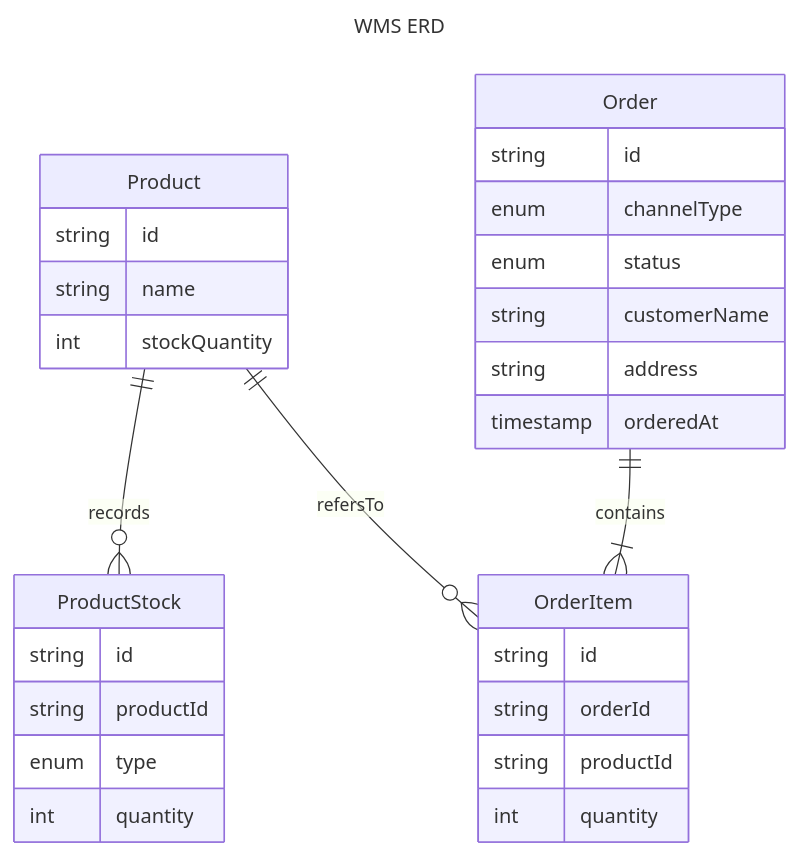
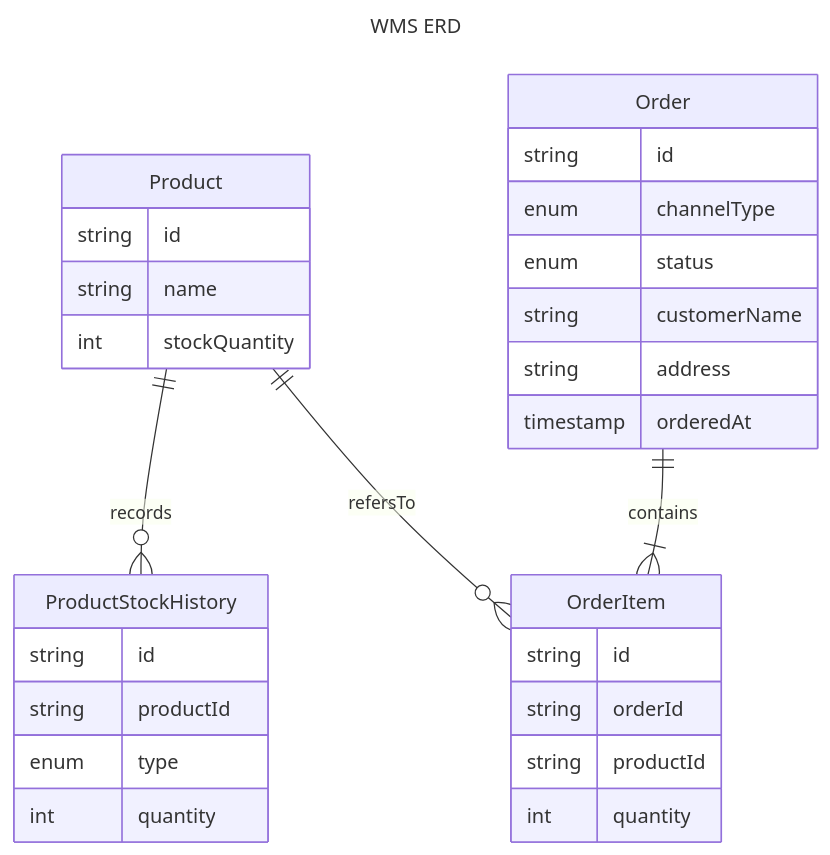
Before and after one commit to jinan159/wms: the first of 2 diagrams in README.md, drawn with Mermaid. The commit also changed other lines of this file and 1 other file, not shown here.

Commit message:
docs: 단건 주문 등록 Sequence Diagram 작성

````diff
--- a/README.md
+++ b/README.md
@@ -3,35 +5,36 @@
 ```mermaid
 ---
 title: WMS ERD
 ---
 erDiagram
     Product {
         string id
         string name
         int stockQuantity
     }
-    ProductStock {
+  ProductStockHistory {
         string id
         string productId
         enum type
         int quantity
     }
     Order {
         string id
         enum channelType
         enum status
         string customerName
         string address
         timestamp orderedAt
     }
     OrderItem {
         string id
         string orderId
         string productId
         int quantity
     }
     
-    Product ||--o{ ProductStock : records
+    Product ||--o{ ProductStockHistory : records
     Order ||--|{ OrderItem : contains
     Product ||--o{ OrderItem : refersTo
+%% ERD Image : https://www.mermaidchart.com/raw/36c177c6-d6ca-4bd9-ace2-1d369c2ea766?theme=dark&version=v0.1&format=svg  
 ```
````
